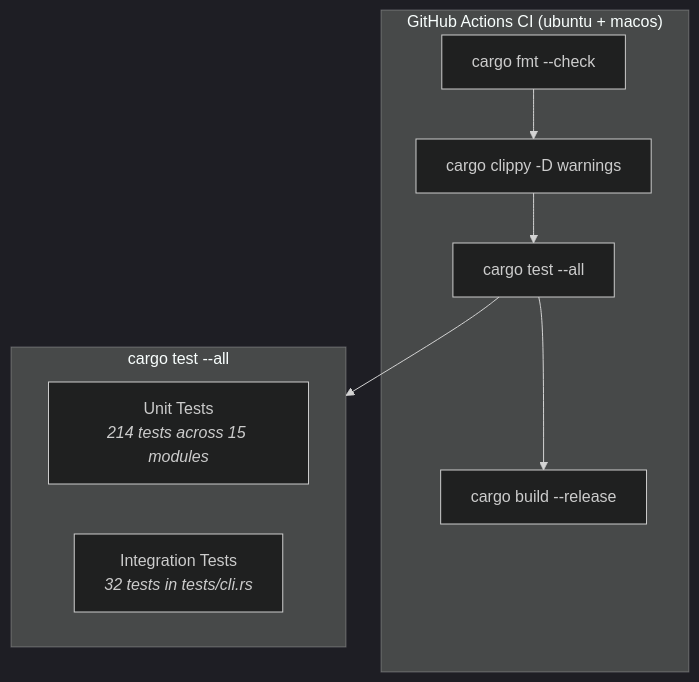
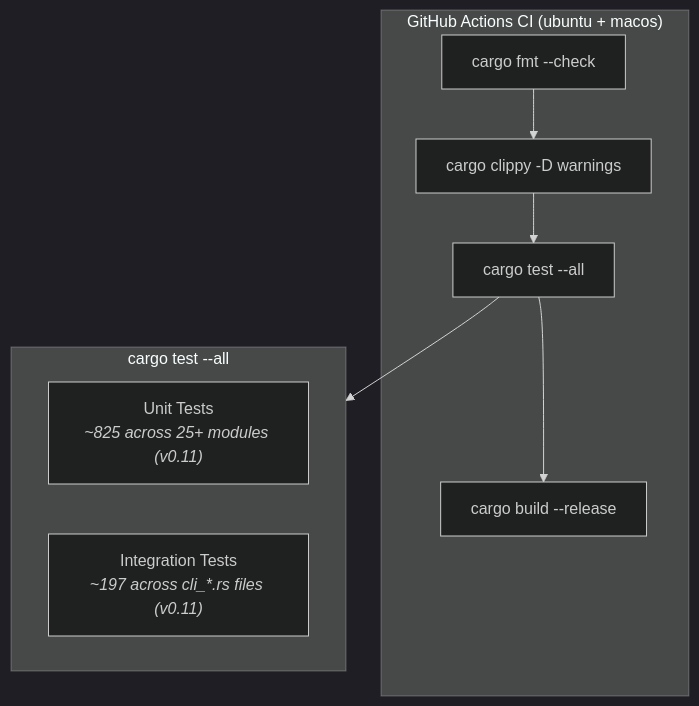
The first of 5 diagrams in docs/src/test-setup.md (MartinP7r/tome), drawn with Mermaid (dark theme) before and after one commit. The commit also changed other lines of this file and 16 other files, not shown here.

````diff
--- a/docs/src/test-setup.md
+++ b/docs/src/test-setup.md
@@ -7,17 +7,17 @@
 ```mermaid
 graph TB
     subgraph CI["GitHub Actions CI (ubuntu + macos)"]
         FMT["cargo fmt --check"]
         CLIP["cargo clippy -D warnings"]
         TEST["cargo test --all"]
         BUILD["cargo build --release"]
         FMT --> CLIP --> TEST --> BUILD
     end
 
     subgraph TEST_SUITE["cargo test --all"]
-        UNIT["Unit Tests<br/><i>214 tests across 15 modules</i>"]
-        INTEG["Integration Tests<br/><i>32 tests in tests/cli.rs</i>"]
+        UNIT["Unit Tests<br/><i>~825 across 25+ modules (v0.11)</i>"]
+        INTEG["Integration Tests<br/><i>~197 across cli_*.rs files (v0.11)</i>"]
     end
 
     TEST --> TEST_SUITE
 ```
````
